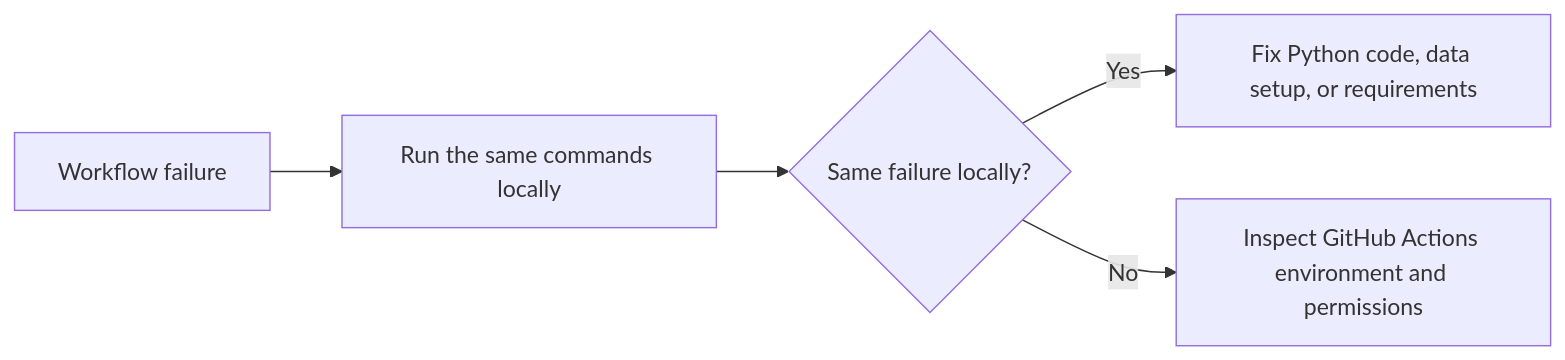
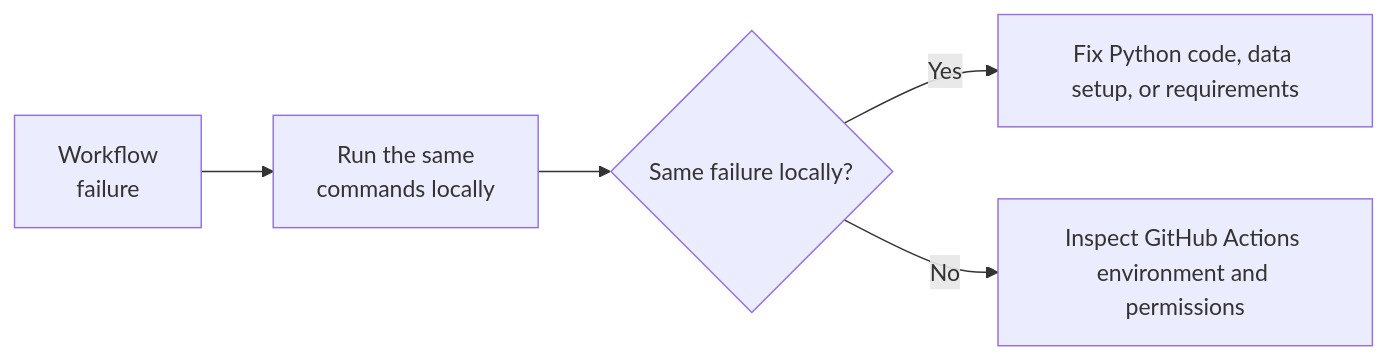
The second of 2 diagrams in 05-ci-review-and-troubleshooting.md (bootcampyoussef/mle-github-actions-and-cicd), drawn with Mermaid before and after one commit. The commit also changed other lines of this file and 8 other files, not shown here.

````diff
--- a/05-ci-review-and-troubleshooting.md
+++ b/05-ci-review-and-troubleshooting.md
@@ -66,7 +66,7 @@
 ```mermaid
 flowchart LR
-    A["Workflow failure"] --> B["Run the same commands locally"]
+    A["Workflow<br>failure"] --> B["Run the same<br>commands locally"]
     B --> C{"Same failure locally?"}
     C -->|Yes| D["Fix Python code, data setup, or requirements"]
     C -->|No| E["Inspect GitHub Actions environment and permissions"]
 ```
````
